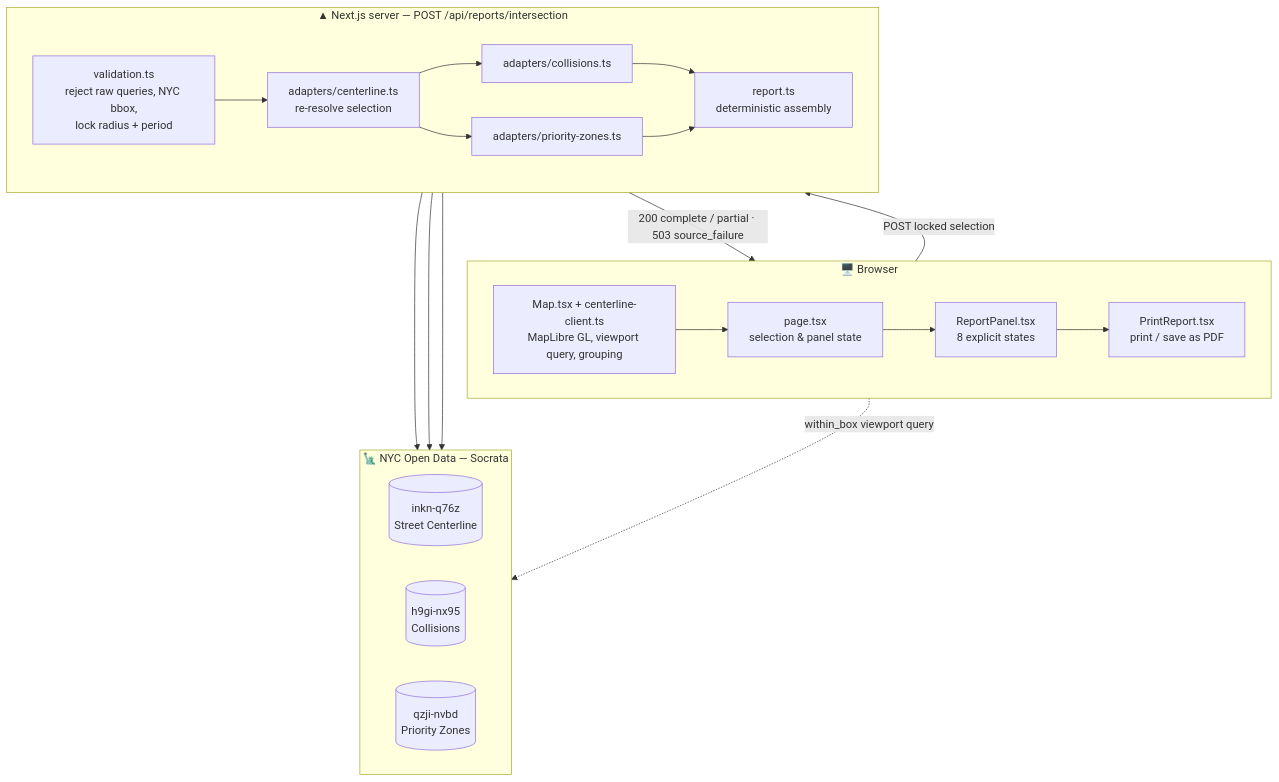
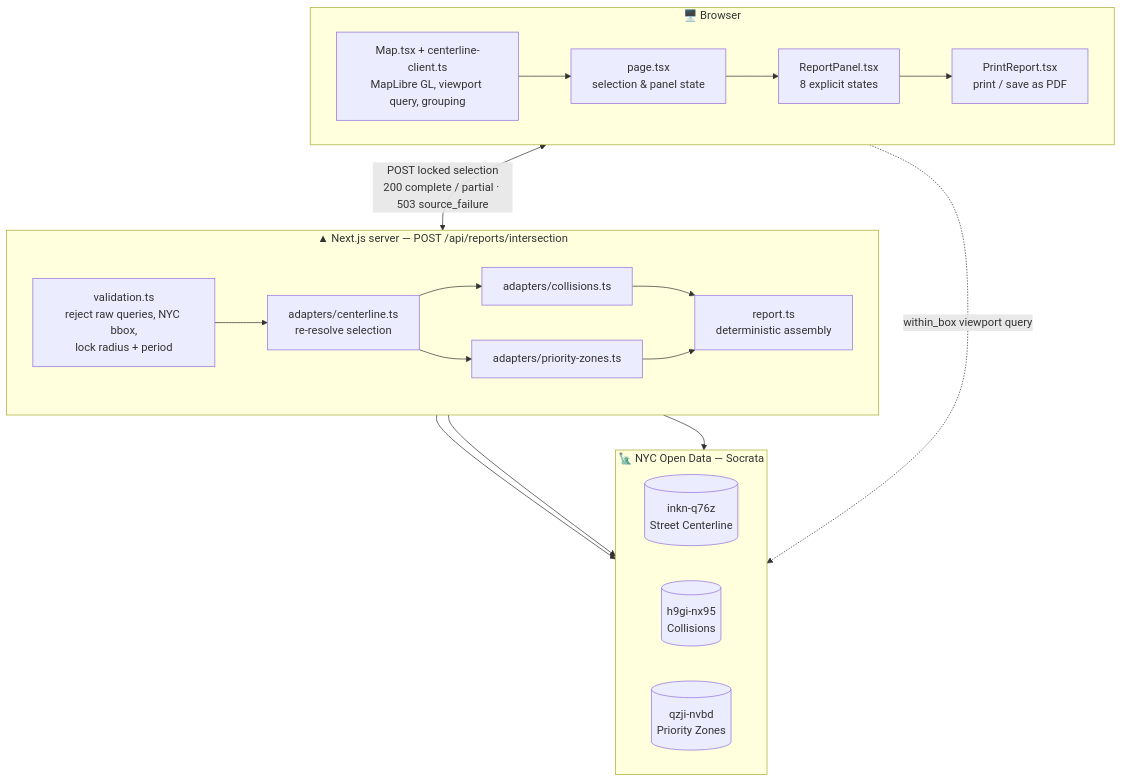
One commit to hirekarl/built4nyc-hackathon-202608 changed the diagram in README.md. Above: the diagram before and after it, drawn with Mermaid.

Commit message:
docs: make the architecture flowchart a DAG so tiers stack in request order
The response edge from report.ts back to ReportPanel.tsx made the graph
cyclic, and dagre resolved that by hoisting the server subgraph above the
browser one and stranding the data subgraph off to the side — the diagram
read bottom-up and out of order.

Collapsed request and response into one bidirectional edge between page.tsx
and validation.ts, which carries the same information (the POST, and the 200
complete/partial vs 503 source_failure outcomes) without the cycle. The three
tiers now stack browser -> server -> NYC Open Data in the order a request
actually travels.

````diff
--- a/README.md
+++ b/README.md
@@ -82,37 +82,36 @@
 ```mermaid
 flowchart TB
     subgraph browser["🖥️ Browser"]
         direction LR
         map["Map.tsx + centerline-client.ts<br/>MapLibre GL, viewport query, grouping"]
         page["page.tsx<br/>selection &amp; panel state"]
         panel["ReportPanel.tsx<br/>8 explicit states"]
         print["PrintReport.tsx<br/>print / save as PDF"]
         map --> page --> panel --> print
     end
 
     subgraph server["▲ Next.js server — POST /api/reports/intersection"]
         direction LR
         valid["validation.ts<br/>reject raw queries, NYC bbox,<br/>lock radius + period"]
         cl["adapters/centerline.ts<br/>re-resolve selection"]
         col["adapters/collisions.ts"]
         pz["adapters/priority-zones.ts"]
         report["report.ts<br/>deterministic assembly"]
         valid --> cl
         cl --> col --> report
         cl --> pz --> report
     end
 
     subgraph data["🗽 NYC Open Data — Socrata"]
         direction LR
         d1[("inkn-q76z<br/>Street Centerline")]
         d2[("h9gi-nx95<br/>Collisions")]
         d3[("qzji-nvbd<br/>Priority Zones")]
     end
 
-    page -- "POST locked selection" --> valid
-    report -- "200 complete / partial · 503 source_failure" --> panel
+    page <-- "POST locked selection<br/>200 complete / partial · 503 source_failure" --> valid
     map -. "within_box viewport query" .-> d1
     cl --> d1
     col --> d2
     pz --> d3
 ```
````
